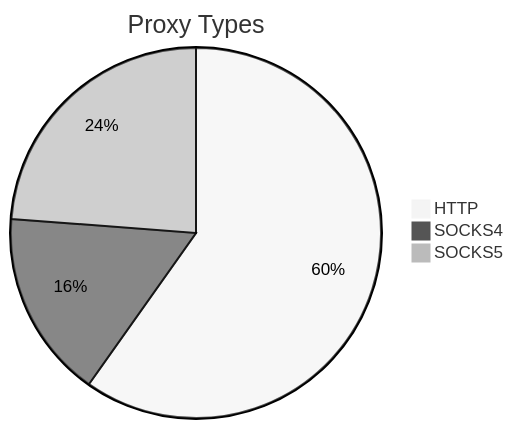
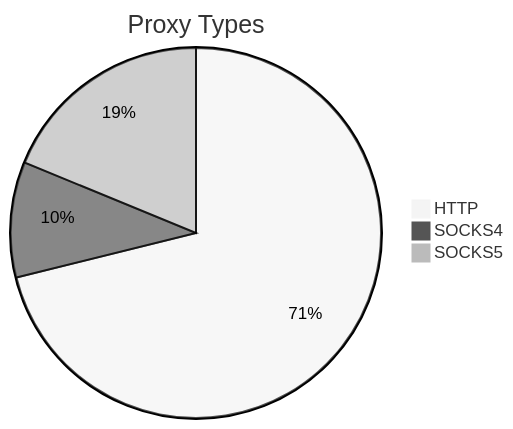
One commit to stormsia/proxy-list changed the first of 2 diagrams in README.md. Above: the diagram before and after it, drawn with Mermaid (neutral theme). The commit also changed other lines of this file, not shown here.

````diff
--- a/README.md
+++ b/README.md
@@ -21,6 +21,6 @@
 ```mermaid
 pie title Proxy Types
-    "HTTP" : 186
-    "SOCKS4" : 51
-    "SOCKS5" : 74
+    "HTTP" : 212
+    "SOCKS4" : 30
+    "SOCKS5" : 56
 ```
````
